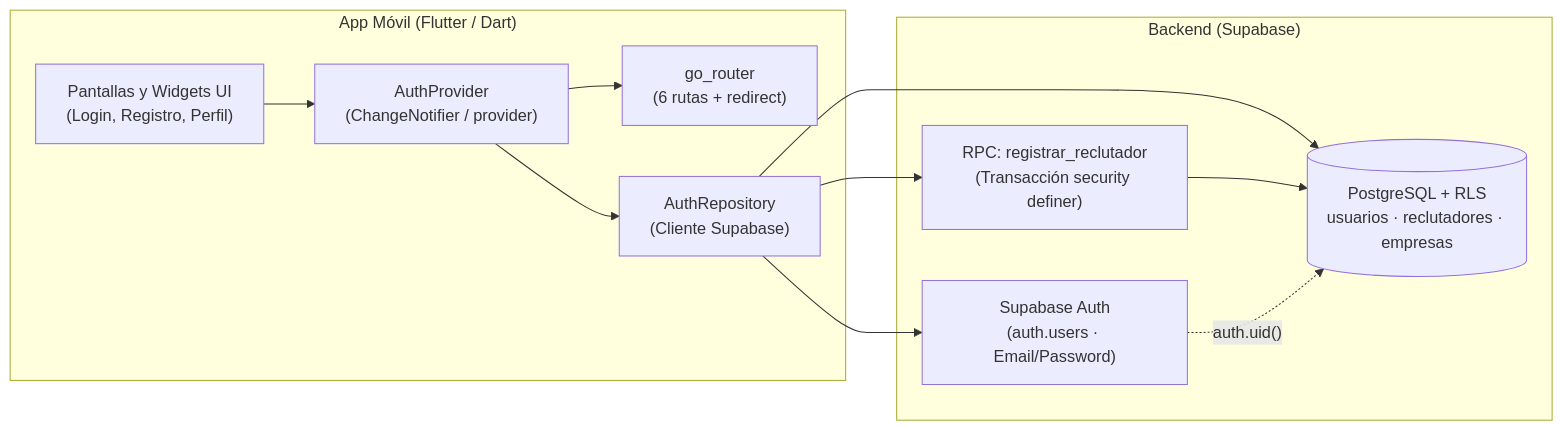
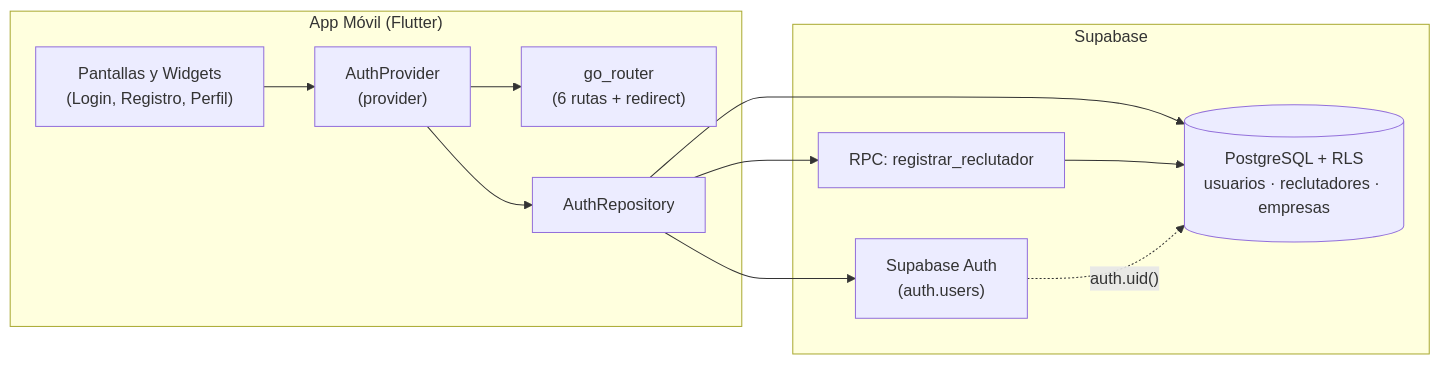
The diagram in README.md (JuanJarias/DreamJob), drawn with Mermaid before and after one commit. The commit also changed other lines of this file, not shown here.

````diff
--- a/README.md
+++ b/README.md
@@ -76,24 +78,24 @@
 ```mermaid
 flowchart LR
-    subgraph App["App Móvil (Flutter / Dart)"]
-        UI["Pantallas y Widgets UI\n(Login, Registro, Perfil)"]
+    subgraph App["App Móvil (Flutter)"]
+        UI["Pantallas y Widgets\n(Login, Registro, Perfil)"]
         Router["go_router\n(6 rutas + redirect)"]
-        State["AuthProvider\n(ChangeNotifier / provider)"]
-        Repo["AuthRepository\n(Cliente Supabase)"]
+        State["AuthProvider\n(provider)"]
+        Repo["AuthRepository"]
     end
 
-    subgraph Supabase["Backend (Supabase)"]
-        Auth["Supabase Auth\n(auth.users · Email/Password)"]
-        RPC["RPC: registrar_reclutador\n(Transacción security definer)"]
+    subgraph Supabase["Supabase"]
+        Auth["Supabase Auth\n(auth.users)"]
+        RPC["RPC: registrar_reclutador"]
         DB[("PostgreSQL + RLS\nusuarios · reclutadores · empresas")]
     end
 
     UI --> State
     State --> Router
     State --> Repo
     Repo --> Auth
     Repo --> RPC
     Repo --> DB
     RPC --> DB
     Auth -. "auth.uid()" .-> DB
 ```
````
